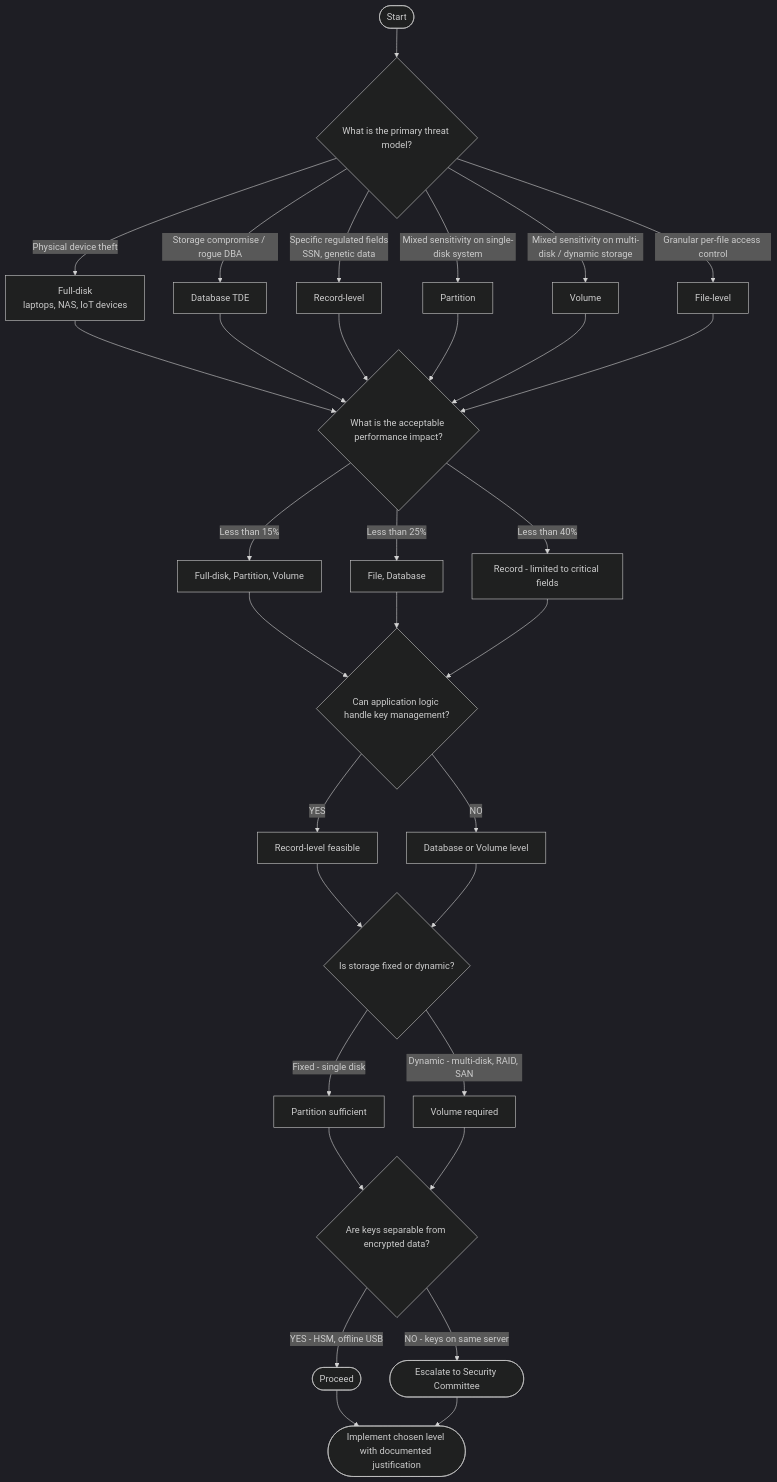
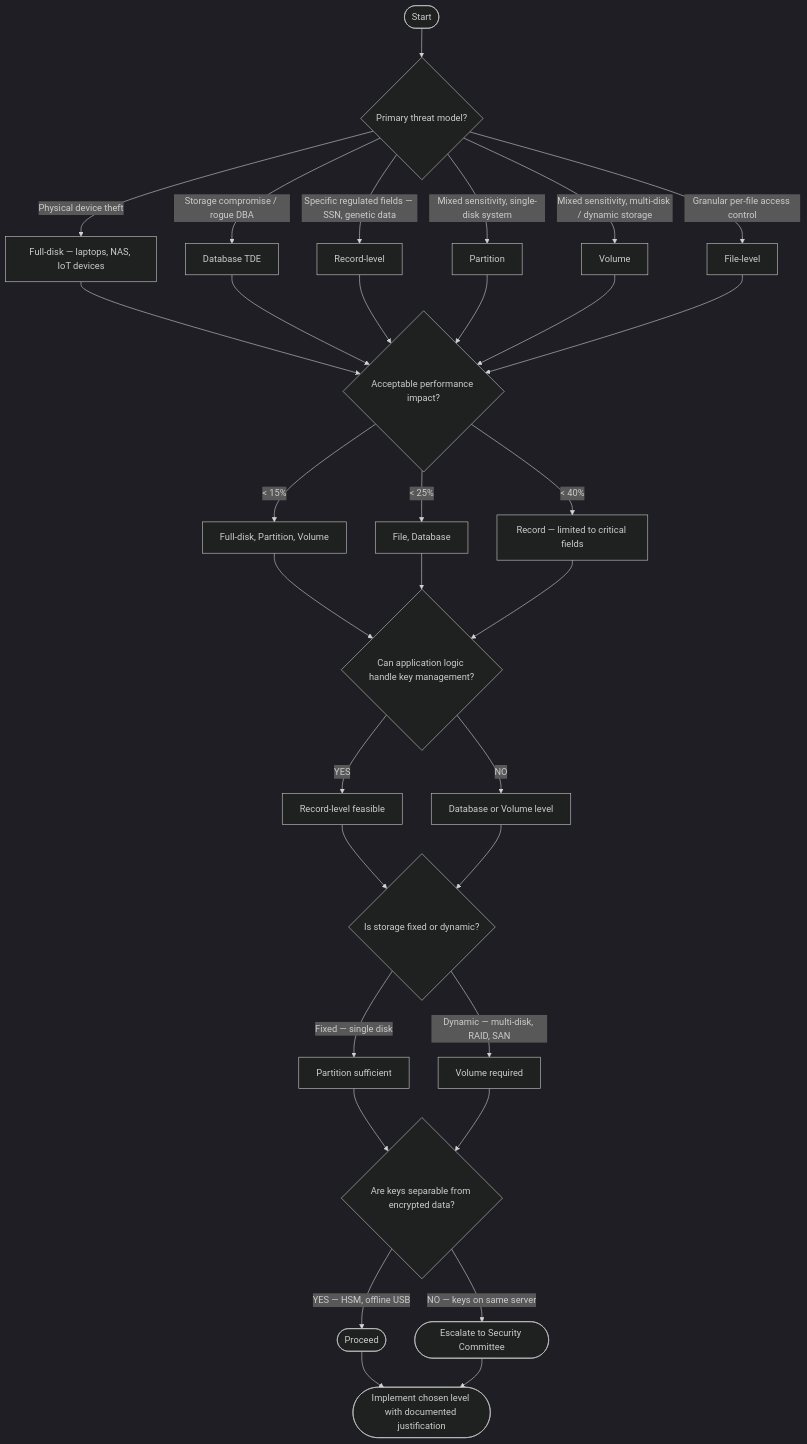
Before and after one commit to sreilly1977/dlh-cyber_security: the diagram in blue_team/1x04_crypto_foundation/13-encryption_levels.md, drawn with Mermaid (dark theme). The commit also changed other lines of this file, not shown here.

Commit message:
Added 13-encryption_levels.md again, again

````diff
--- a/blue_team/1x04_crypto_foundation/13-encryption_levels.md
+++ b/blue_team/1x04_crypto_foundation/13-encryption_levels.md
@@ -232,48 +232,48 @@
 ```mermaid
 flowchart TD
-    Start([Start]) --> ThreatModel{What is the primary threat model?}
+    Start([Start]) --> TM{Primary threat model?}
 
-    ThreatModel -->|Physical device theft| FullDisk[Full-disk<br/>laptops, NAS, IoT devices]
-    ThreatModel -->|Storage compromise / rogue DBA| DBTDE[Database TDE]
-    ThreatModel -->|Specific regulated fields<br/>SSN, genetic data| Record[Record-level]
-    ThreatModel -->|Mixed sensitivity on single-disk system| Partition[Partition]
-    ThreatModel -->|Mixed sensitivity on multi-disk / dynamic storage| Volume[Volume]
-    ThreatModel -->|Granular per-file access control| File[File-level]
+    TM -->|Physical device theft| TM1[Full-disk — laptops, NAS, IoT devices]
+    TM -->|Storage compromise / rogue DBA| TM2[Database TDE]
+    TM -->|Specific regulated fields — SSN, genetic data| TM3[Record-level]
+    TM -->|Mixed sensitivity, single-disk system| TM4[Partition]
+    TM -->|Mixed sensitivity, multi-disk / dynamic storage| TM5[Volume]
+    TM -->|Granular per-file access control| TM6[File-level]
 
-    FullDisk --> PerfImpact
-    DBTDE --> PerfImpact
-    Record --> PerfImpact
-    Partition --> PerfImpact
-    Volume --> PerfImpact
-    File --> PerfImpact
+    TM1 --> PI
+    TM2 --> PI
+    TM3 --> PI
+    TM4 --> PI
+    TM5 --> PI
+    TM6 --> PI
 
-    PerfImpact{What is the acceptable performance impact?}
-    PerfImpact -->|Less than 15%| PerfLow[Full-disk, Partition, Volume]
-    PerfImpact -->|Less than 25%| PerfMid[File, Database]
-    PerfImpact -->|Less than 40%| PerfHigh[Record - limited to critical fields]
+    PI{Acceptable performance impact?}
+    PI -->|< 15%| PI1[Full-disk, Partition, Volume]
+    PI -->|< 25%| PI2[File, Database]
+    PI -->|< 40%| PI3[Record — limited to critical fields]
 
-    PerfLow --> AppLogic
-    PerfMid --> AppLogic
-    PerfHigh --> AppLogic
+    PI1 --> AK
+    PI2 --> AK
+    PI3 --> AK
 
-    AppLogic{Can application logic handle key management?}
-    AppLogic -->|YES| AppYes[Record-level feasible]
-    AppLogic -->|NO| AppNo[Database or Volume level]
+    AK{Can application logic handle key management?}
+    AK -->|YES| AK1[Record-level feasible]
+    AK -->|NO| AK2[Database or Volume level]
 
-    AppYes --> StorageType
-    AppNo --> StorageType
+    AK1 --> ST
+    AK2 --> ST
 
-    StorageType{Is storage fixed or dynamic?}
-    StorageType -->|Fixed - single disk| StorageFixed[Partition sufficient]
-    StorageType -->|Dynamic - multi-disk, RAID, SAN| StorageDynamic[Volume required]
+    ST{Is storage fixed or dynamic?}
+    ST -->|Fixed — single disk| ST1[Partition sufficient]
+    ST -->|Dynamic — multi-disk, RAID, SAN| ST2[Volume required]
 
-    StorageFixed --> KeyCheck
-    StorageDynamic --> KeyCheck
+    ST1 --> KS
+    ST2 --> KS
 
-    KeyCheck{Are keys separable from encrypted data?}
-    KeyCheck -->|YES - HSM, offline USB| Proceed([Proceed])
-    KeyCheck -->|NO - keys on same server| Escalate([Escalate to Security Committee])
+    KS{Are keys separable from encrypted data?}
+    KS -->|YES — HSM, offline USB| KS1([Proceed])
+    KS -->|NO — keys on same server| KS2([Escalate to Security Committee])
 
-    Proceed --> Implement([Implement chosen level with documented justification])
-    Escalate --> Implement
+    KS1 --> Result([Implement chosen level with documented justification])
+    KS2 --> Result
 ```
````
